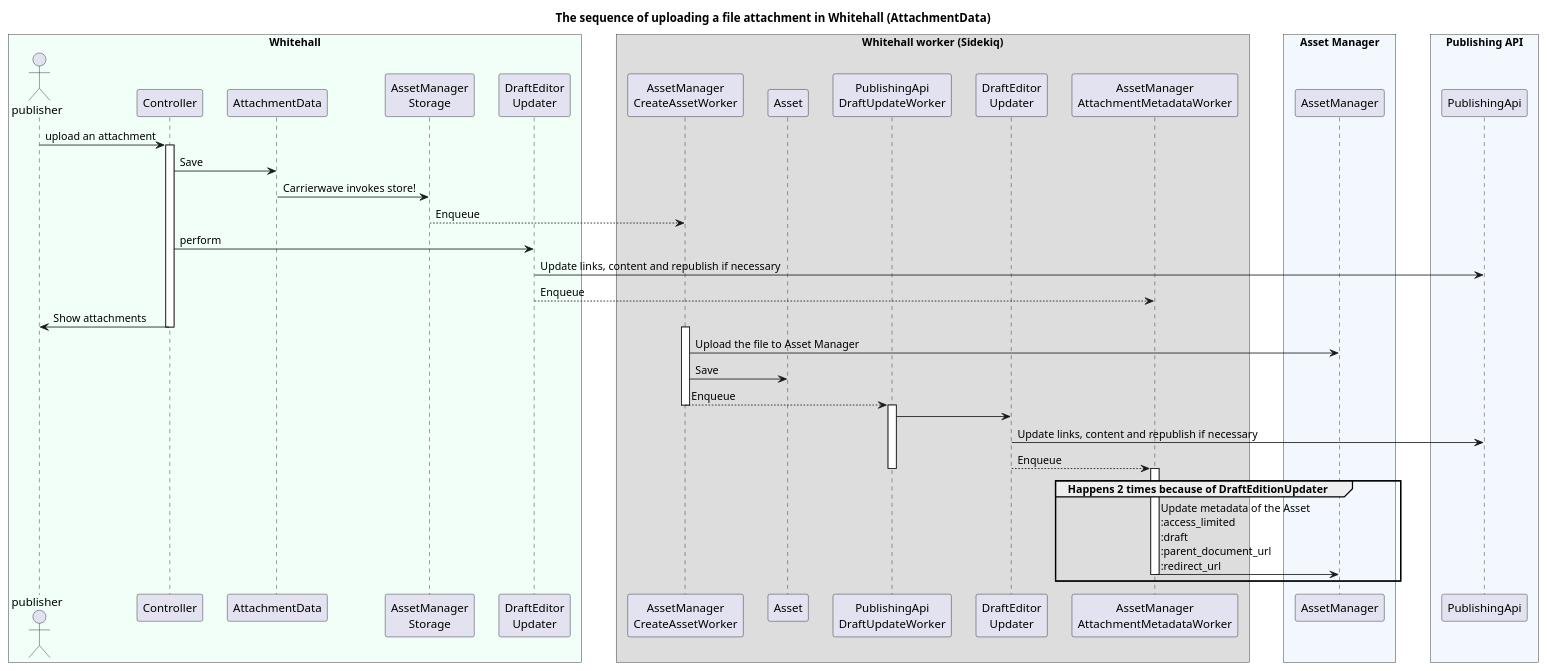
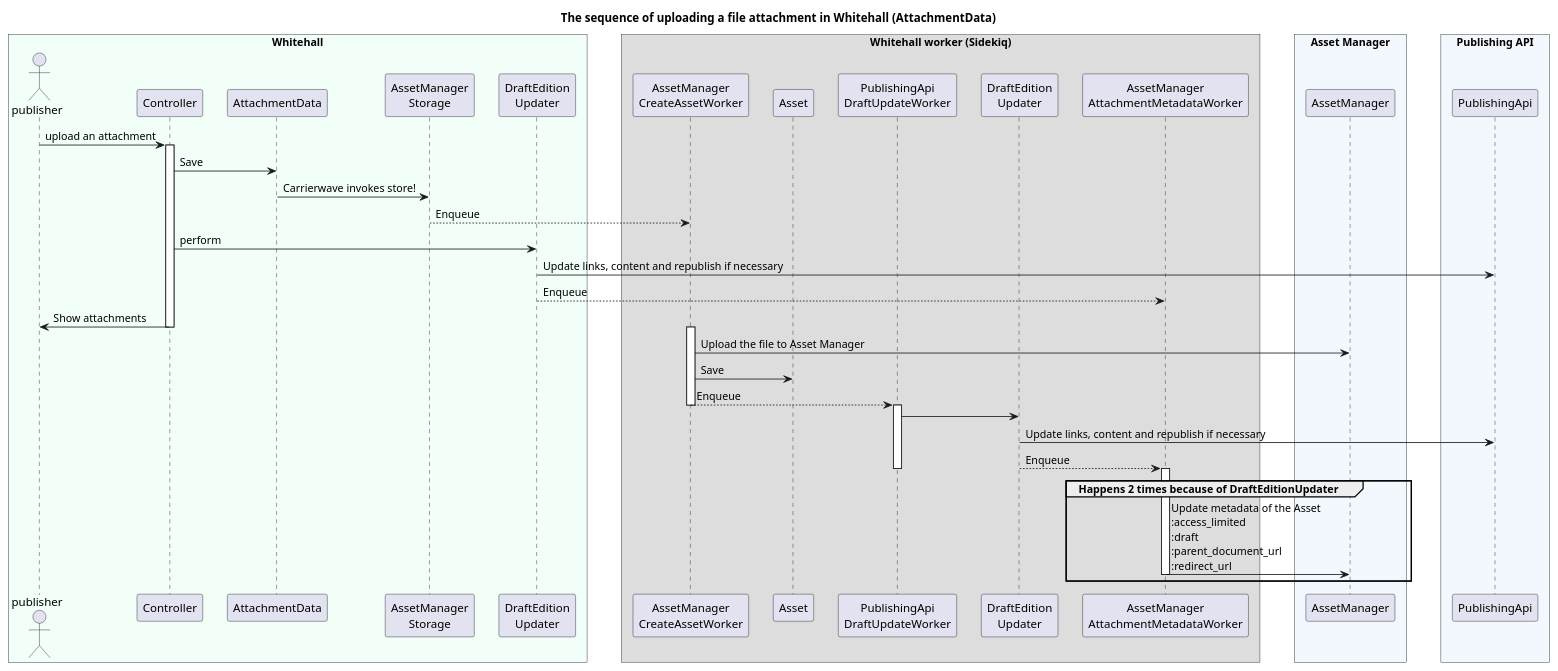
The diagram in docs/diagrams/asset_attachment_upload_flow.puml (alphagov/whitehall), drawn with PlantUML before and after one commit. The commit also changed 4 other files, not shown here.

First line of the commit message:
Update attachment asset docs

```diff
--- a/docs/diagrams/asset_attachment_upload_flow.puml
+++ b/docs/diagrams/asset_attachment_upload_flow.puml
@@ -1,58 +1,58 @@
-@startuml asset-attachment-upload-flow
+@startuml asset_attachment_upload_flow
 
 title The sequence of uploading a file attachment in Whitehall (AttachmentData)
 skinparam BoxPadding 20
 skinparam ParticipantPadding 10
 
 box "Whitehall" #f2fef8
 actor publisher
 participant Controller
 participant AttachmentData
 participant "AssetManager\nStorage" as AssetManagerStorage
-participant "DraftEditor\nUpdater" as DraftEditionUpdater
+participant "DraftEdition\nUpdater" as DraftEditionUpdater
 end box
 
 box Whitehall worker (Sidekiq)
 participant "AssetManager\nCreateAssetWorker" as AssetManagerCreateAssetWorker
 participant Asset
 participant "PublishingApi\nDraftUpdateWorker" as PublishingApiDraftUpdateWorker
-participant "DraftEditor\nUpdater" as bgDraftEditionUpdater
+participant "DraftEdition\nUpdater" as bgDraftEditionUpdater
 participant "AssetManager\nAttachmentMetadataWorker" as AssetManagerAttachmentMetadataWorker
 end box
 
 box "Asset Manager" #f2f8fe
 participant AssetManager
 end box
 
 box "Publishing API" #f2f8fe
 participant PublishingApi
 end box
 
 publisher -> Controller++ : upload an attachment
 Controller -> AttachmentData : Save
 AttachmentData -> AssetManagerStorage : Carrierwave invokes store!
 AssetManagerStorage --> AssetManagerCreateAssetWorker : Enqueue
 Controller -> DraftEditionUpdater : perform
 DraftEditionUpdater -> PublishingApi : Update links, content and republish if necessary
 DraftEditionUpdater --> AssetManagerAttachmentMetadataWorker: Enqueue
 Controller -> publisher-- : Show attachments
 
 activate AssetManagerCreateAssetWorker
 AssetManagerCreateAssetWorker -> AssetManager : Upload the file to Asset Manager
 AssetManagerCreateAssetWorker -> Asset: Save
 AssetManagerCreateAssetWorker --> PublishingApiDraftUpdateWorker : Enqueue
 deactivate AssetManagerCreateAssetWorker
 
 activate PublishingApiDraftUpdateWorker
 PublishingApiDraftUpdateWorker -> bgDraftEditionUpdater
 bgDraftEditionUpdater -> PublishingApi : Update links, content and republish if necessary
 bgDraftEditionUpdater --> AssetManagerAttachmentMetadataWorker: Enqueue
 deactivate PublishingApiDraftUpdateWorker
 
 group Happens 2 times because of DraftEditionUpdater
   activate AssetManagerAttachmentMetadataWorker
   AssetManagerAttachmentMetadataWorker -> AssetManager: Update metadata of the Asset\n:access_limited\n:draft\n:parent_document_url\n:redirect_url
   deactivate AssetManagerAttachmentMetadataWorker
 end group
 
 @enduml
```
